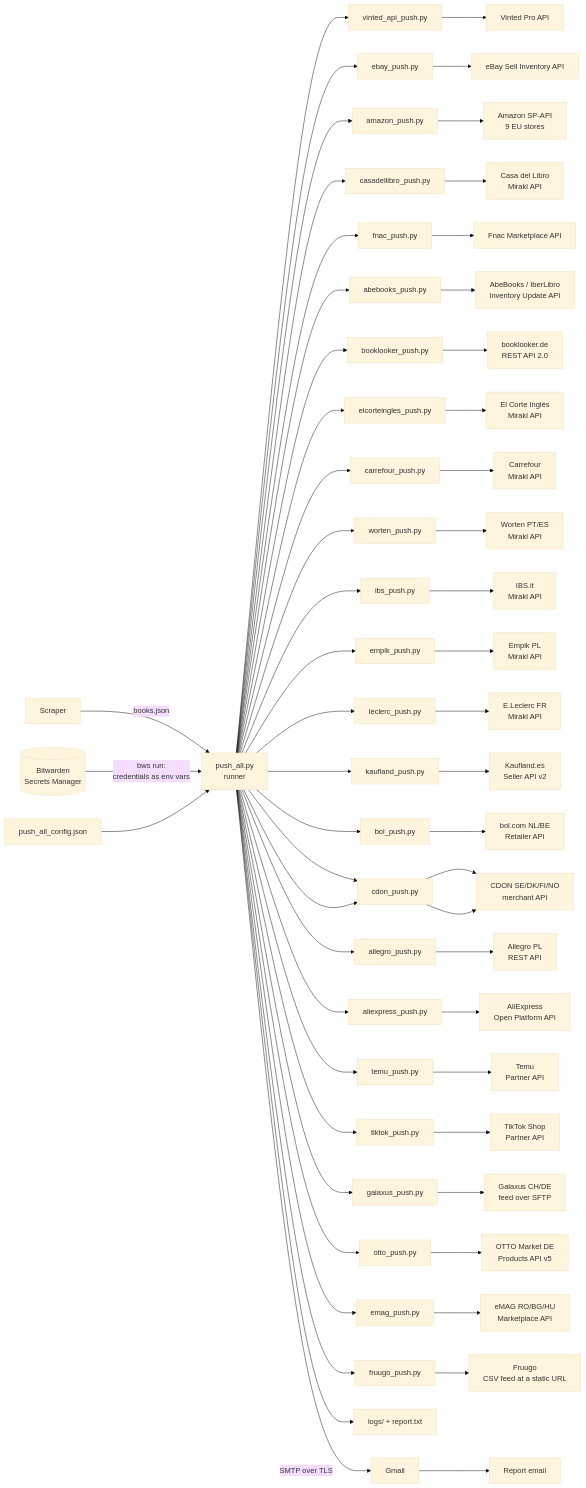
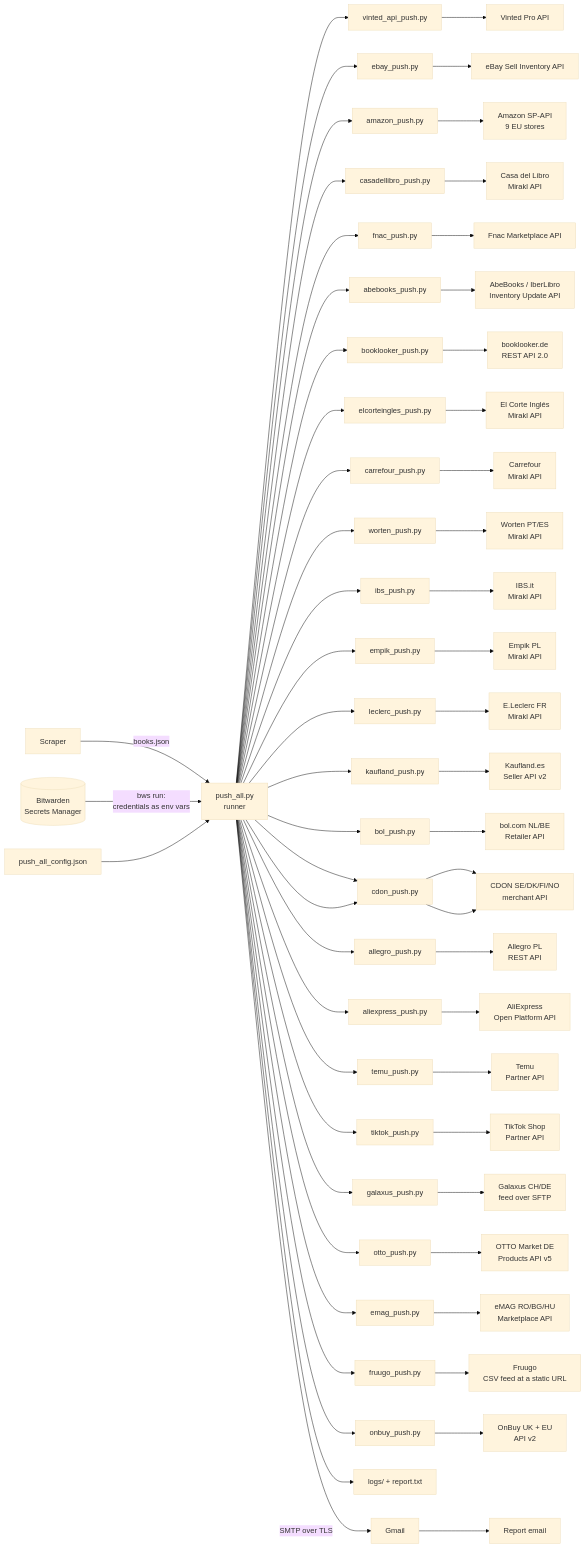
One commit to DavisGalla/products-api-push changed the diagram in docs/architecture.md. Above: the diagram before and after it, drawn with Mermaid (base theme). The commit also changed other lines of this file and 13 other files, not shown here.

Commit message:
Add OnBuy pusher (OnCommerce API v2: 15-min token, barcode search to OPC, batch listings, by-sku price/stock/delete, buy box status; UK + 20 EU sites via --sites); include it in push_all, docs, architecture and capabilities PDFs

````diff
--- a/docs/architecture.md
+++ b/docs/architecture.md
@@ -29,33 +29,34 @@
 ```mermaid
 flowchart LR
     S[Scraper] -->|books.json| R
     BW[(Bitwarden<br>Secrets Manager)] -->|bws run:<br>credentials as env vars| R
     C[push_all_config.json] --> R
     R[push_all.py<br>runner] --> V[vinted_api_push.py] --> VA[Vinted Pro API]
     R --> E[ebay_push.py] --> EA[eBay Sell Inventory API]
     R --> A[amazon_push.py] --> AA[Amazon SP-API<br>9 EU stores]
     R --> CL[casadellibro_push.py] --> CLA[Casa del Libro<br>Mirakl API]
     R --> F[fnac_push.py] --> FA[Fnac Marketplace API]
     R --> AB[abebooks_push.py] --> ABA[AbeBooks / IberLibro<br>Inventory Update API]
     R --> BL[booklooker_push.py] --> BLA[booklooker.de<br>REST API 2.0]
     R --> EC[elcorteingles_push.py] --> ECA[El Corte Inglés<br>Mirakl API]
     R --> CF[carrefour_push.py] --> CFA[Carrefour<br>Mirakl API]
     R --> W[worten_push.py] --> WA[Worten PT/ES<br>Mirakl API]
     R --> IB[ibs_push.py] --> IBA[IBS.it<br>Mirakl API]
     R --> EM[empik_push.py] --> EMA[Empik PL<br>Mirakl API]
     R --> LE[leclerc_push.py] --> LEA[E.Leclerc FR<br>Mirakl API]
     R --> K[kaufland_push.py] --> KA[Kaufland.es<br>Seller API v2]
     R --> BO[bol_push.py] --> BOA[bol.com NL/BE<br>Retailer API]
     R --> CD[cdiscount_push.py] --> CDA[Cdiscount<br>Octopia Seller API]
     R --> AL[allegro_push.py] --> ALA[Allegro PL<br>REST API]
     R --> AE[aliexpress_push.py] --> AEA[AliExpress<br>Open Platform API]
     R --> TM[temu_push.py] --> TMA[Temu<br>Partner API]
     R --> TT[tiktok_push.py] --> TTA[TikTok Shop<br>Partner API]
     R --> GX[galaxus_push.py] --> GXA[Galaxus CH/DE<br>feed over SFTP]
     R --> OT[otto_push.py] --> OTA[OTTO Market DE<br>Products API v5]
     R --> EG[emag_push.py] --> EGA[eMAG RO/BG/HU<br>Marketplace API]
     R --> FR[fruugo_push.py] --> FRA[Fruugo<br>CSV feed at a static URL]
     R --> CD[cdon_push.py] --> CDA[CDON SE/DK/FI/NO<br>merchant API]
+    R --> OB[onbuy_push.py] --> OBA[OnBuy UK + EU<br>API v2]
     R --> L[logs/ + report.txt]
     R -->|SMTP over TLS| G[Gmail] --> M[Report email]
 ```
````
